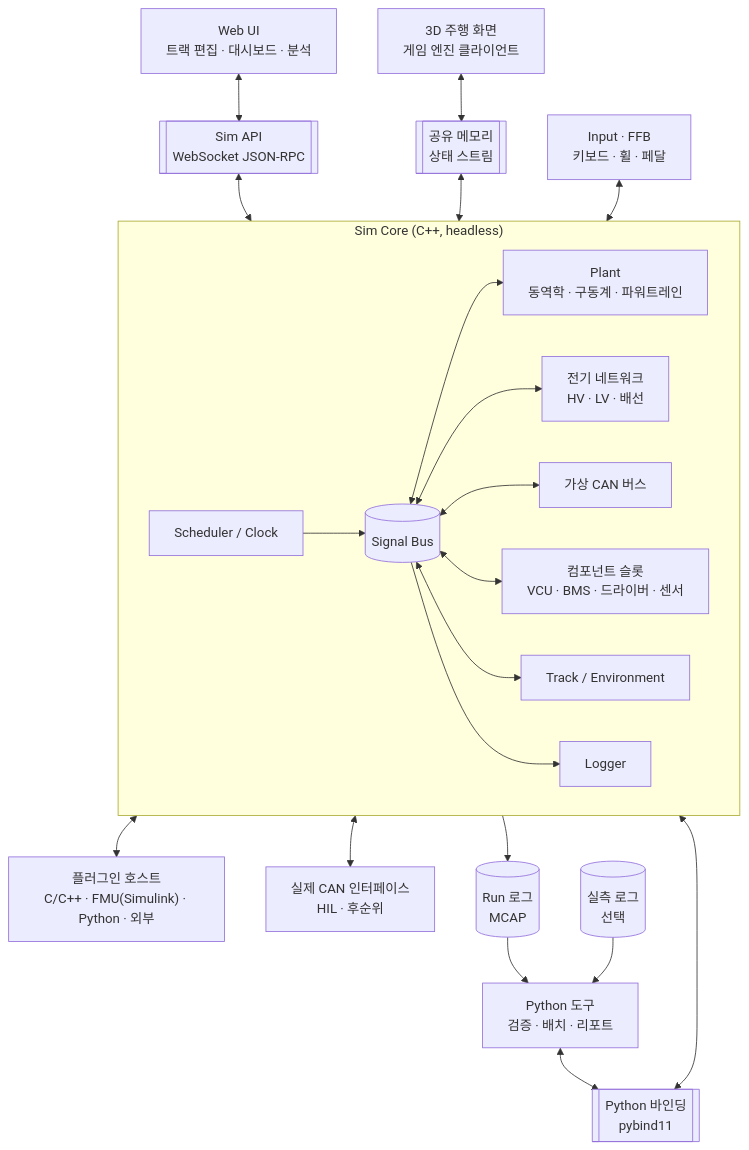
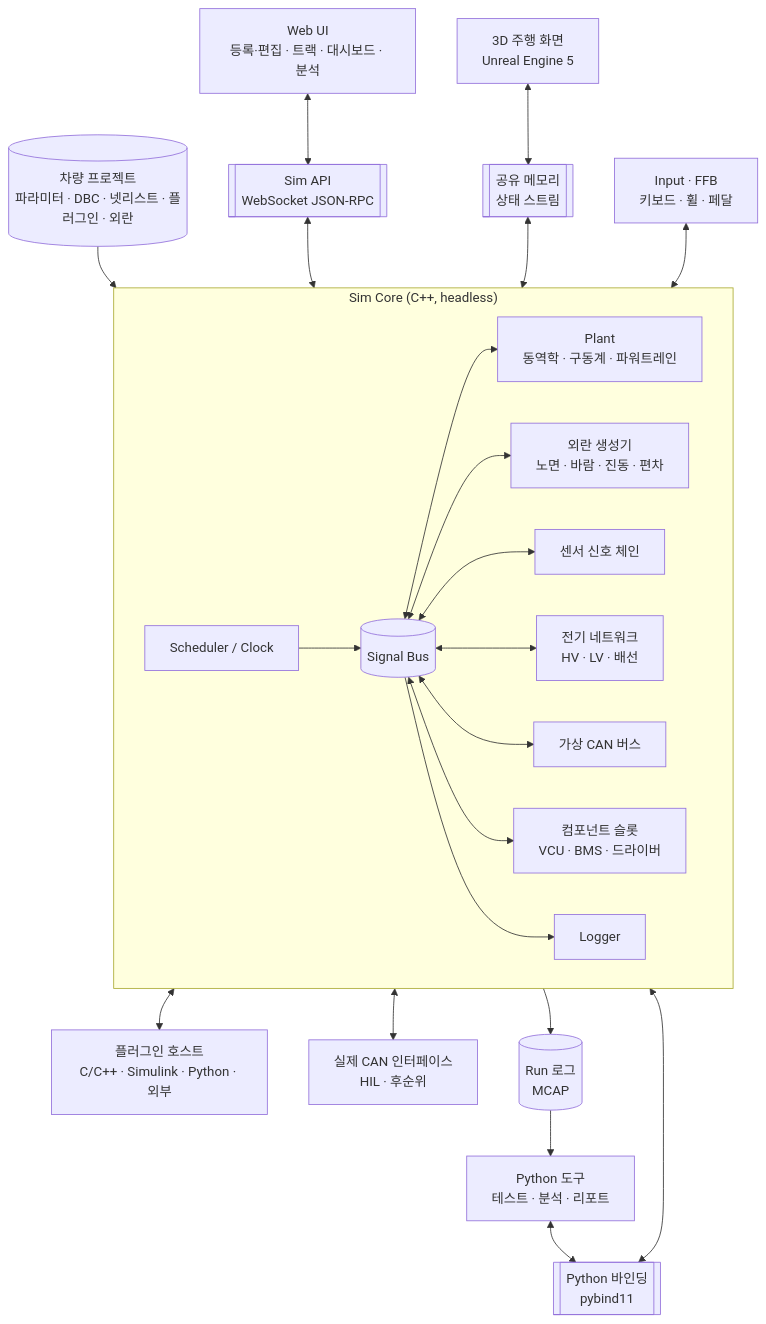
Before and after one commit to tkdgusqkr-g/vehicle_simulation: the first of 4 diagrams in docs/design.md, drawn with Mermaid. The commit also changed other lines of this file and 1 other file, not shown here.

First line of the commit message:
Revise design doc to v0.4: real-world disturbance and sensing model

````diff
--- a/docs/design.md
+++ b/docs/design.md
@@ -209,25 +261,26 @@
 ```mermaid
 flowchart TB
-  UI["Web UI<br/>트랙 편집 · 대시보드 · 분석"] <--> API[["Sim API<br/>WebSocket JSON-RPC"]]
-  VIEW["3D 주행 화면<br/>게임 엔진 클라이언트"] <--> SHM[["공유 메모리<br/>상태 스트림"]]
-  PY["Python 도구<br/>검증 · 배치 · 리포트"] <--> BIND[["Python 바인딩<br/>pybind11"]]
+  UI["Web UI<br/>등록·편집 · 트랙 · 대시보드 · 분석"] <--> API[["Sim API<br/>WebSocket JSON-RPC"]]
+  VIEW["3D 주행 화면<br/>Unreal Engine 5"] <--> SHM[["공유 메모리<br/>상태 스트림"]]
+  PY["Python 도구<br/>테스트 · 분석 · 리포트"] <--> BIND[["Python 바인딩<br/>pybind11"]]
+  PROJ[("차량 프로젝트<br/>파라미터 · DBC · 넷리스트 · 플러그인 · 외란")] --> SCH
   subgraph CORE["Sim Core (C++, headless)"]
     direction LR
     SCH["Scheduler / Clock"] --> BUS[("Signal Bus")]
     BUS <--> PLANT["Plant<br/>동역학 · 구동계 · 파워트레인"]
+    BUS <--> DIST["외란 생성기<br/>노면 · 바람 · 진동 · 편차"]
+    BUS <--> SCHAIN["센서 신호 체인"]
     BUS <--> ELEC["전기 네트워크<br/>HV · LV · 배선"]
     BUS <--> CAN["가상 CAN 버스"]
-    BUS <--> SLOTS["컴포넌트 슬롯<br/>VCU · BMS · 드라이버 · 센서"]
-    BUS <--> TRK["Track / Environment"]
+    BUS <--> SLOTS["컴포넌트 슬롯<br/>VCU · BMS · 드라이버"]
     BUS --> LOG["Logger"]
   end
   API <--> SCH
   SHM <--> BUS
   BIND <--> SCH
-  SLOTS <--> HOST["플러그인 호스트<br/>C/C++ · FMU(Simulink) · Python · 외부"]
+  SLOTS <--> HOST["플러그인 호스트<br/>C/C++ · Simulink · Python · 외부"]
   CAN <--> REALCAN["실제 CAN 인터페이스<br/>HIL · 후순위"]
   INPUT["Input · FFB<br/>키보드 · 휠 · 페달"] <--> SLOTS
   LOG --> FILES[("Run 로그<br/>MCAP")]
   FILES --> PY
-  REAL[("실측 로그<br/>선택")] --> PY
 ```
````
